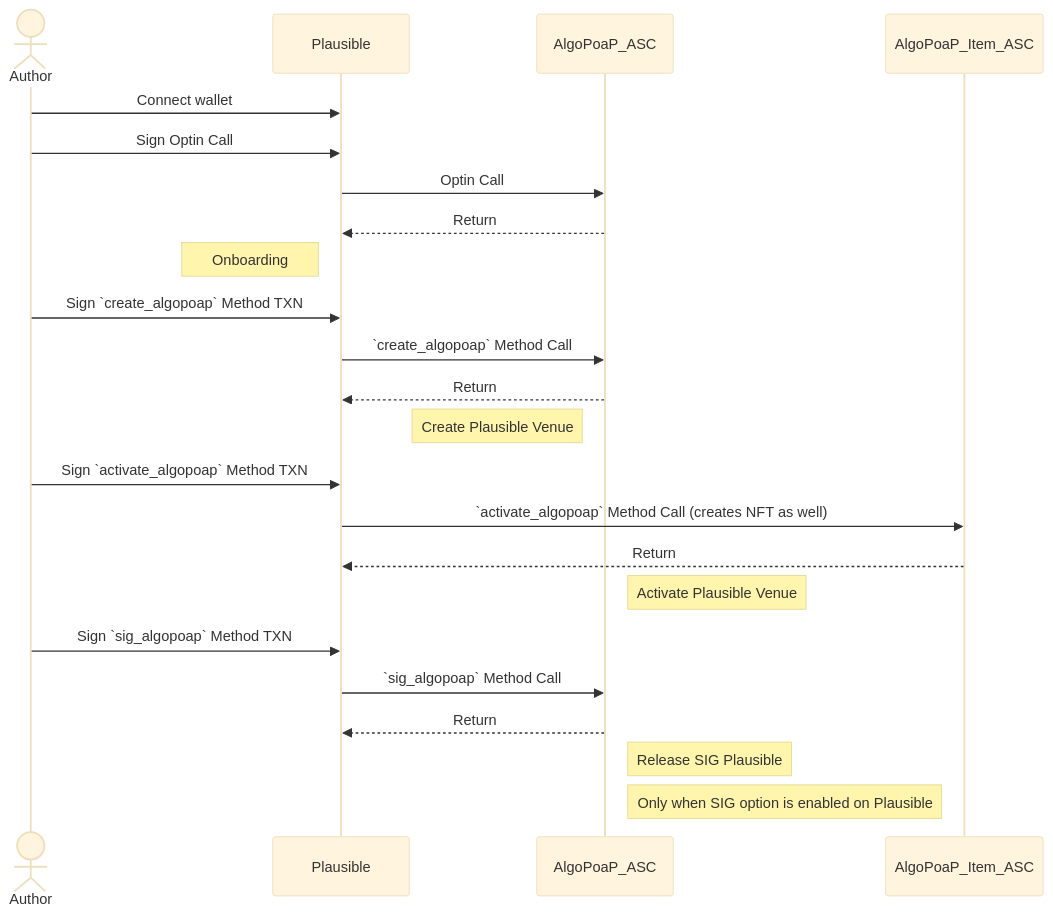
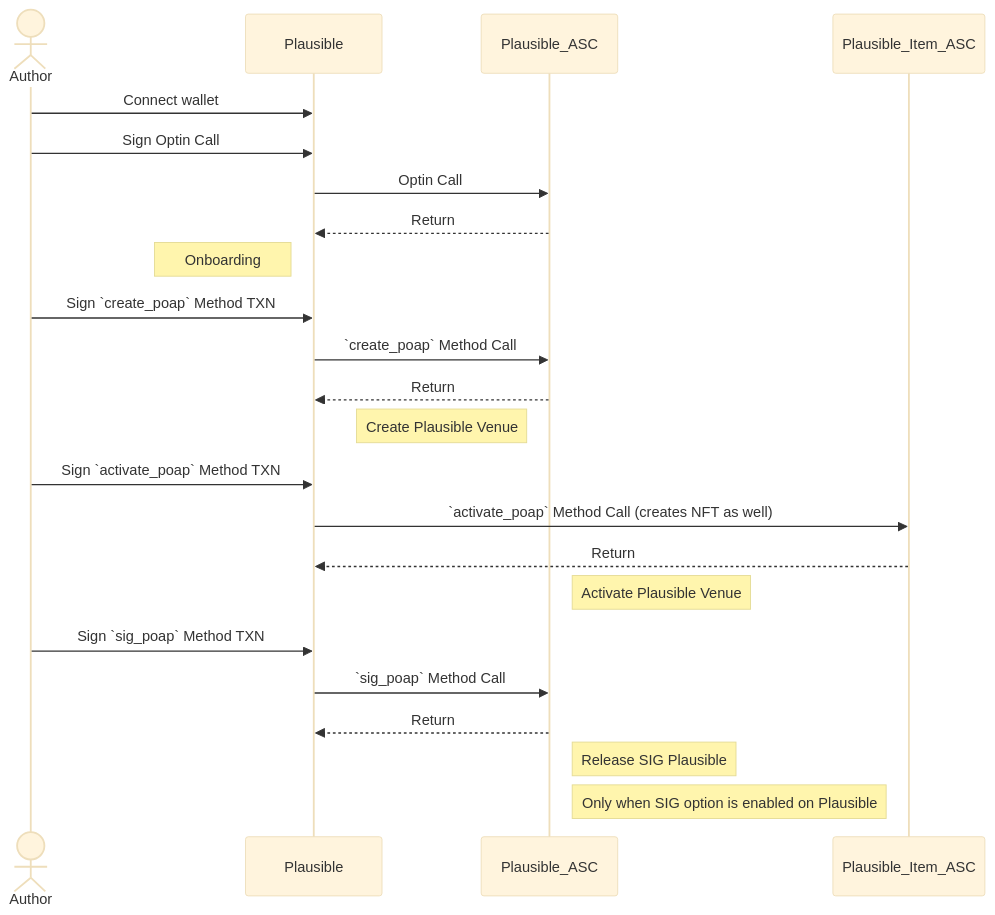
The second of 8 diagrams in profile/README.md (GoPlausible/.github), drawn with Mermaid (base theme) before and after one commit. The commit also changed other lines of this file, not shown here.

````diff
--- a/profile/README.md
+++ b/profile/README.md
@@ -129,28 +129,28 @@
 ```mermaid
 sequenceDiagram 
 actor Author
 participant Plausible
-participant AlgoPoaP_ASC
-participant AlgoPoaP_Item_ASC
+participant Plausible_ASC
+participant Plausible_Item_ASC
 Author ->> Plausible: Connect wallet
 Author ->> Plausible: Sign Optin Call
-Plausible ->> AlgoPoaP_ASC: Optin Call
-AlgoPoaP_ASC -->> Plausible: Return
+Plausible ->> Plausible_ASC: Optin Call
+Plausible_ASC -->> Plausible: Return
 Note left of Plausible: Onboarding
-Author ->> Plausible: Sign `create_algopoap` Method TXN
-Plausible ->> AlgoPoaP_ASC:  `create_algopoap` Method Call
-AlgoPoaP_ASC -->> Plausible: Return
-Note left of AlgoPoaP_ASC: Create Plausible Venue
-Author ->> Plausible: Sign `activate_algopoap` Method TXN
-Plausible ->> AlgoPoaP_Item_ASC: `activate_algopoap` Method Call (creates NFT as well)
-AlgoPoaP_Item_ASC -->> Plausible: Return
-Note right of AlgoPoaP_ASC: Activate Plausible Venue
-Author ->> Plausible: Sign `sig_algopoap` Method TXN
-Plausible ->> AlgoPoaP_ASC: `sig_algopoap` Method Call 
-AlgoPoaP_ASC -->> Plausible: Return
-Note right of AlgoPoaP_ASC: Release SIG Plausible
-Note right of AlgoPoaP_ASC: Only when SIG option is enabled on Plausible
+Author ->> Plausible: Sign `create_poap` Method TXN
+Plausible ->> Plausible_ASC:  `create_poap` Method Call
+Plausible_ASC -->> Plausible: Return
+Note left of Plausible_ASC: Create Plausible Venue
+Author ->> Plausible: Sign `activate_poap` Method TXN
+Plausible ->> Plausible_Item_ASC: `activate_poap` Method Call (creates NFT as well)
+Plausible_Item_ASC -->> Plausible: Return
+Note right of Plausible_ASC: Activate Plausible Venue
+Author ->> Plausible: Sign `sig_poap` Method TXN
+Plausible ->> Plausible_ASC: `sig_poap` Method Call 
+Plausible_ASC -->> Plausible: Return
+Note right of Plausible_ASC: Release SIG Plausible
+Note right of Plausible_ASC: Only when SIG option is enabled on Plausible
 
 
 
 ```
````
